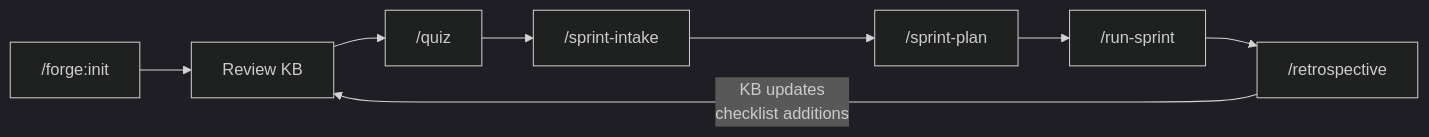
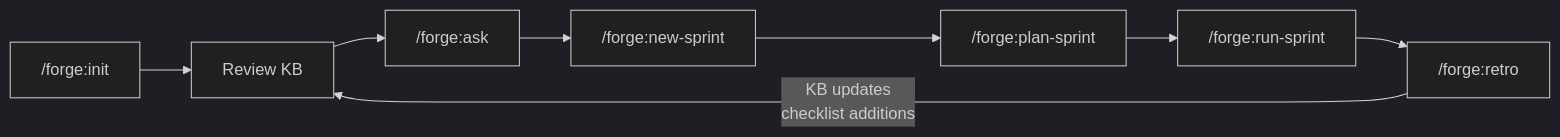
One commit to Entelligentsia/forge changed the first of 3 diagrams in docs/default-flow.md. Above: the diagram before and after it, drawn with Mermaid (dark theme). The commit also changed other lines of this file and 40 other files, not shown here.

````diff
--- a/docs/default-flow.md
+++ b/docs/default-flow.md
@@ -9,10 +9,10 @@
 ```mermaid
 flowchart LR
     A["/forge:init"] --> B["Review KB"]
-    B --> C["/quiz"]
-    C --> D["/sprint-intake"]
-    D --> E["/sprint-plan"]
-    E --> F["/run-sprint"]
-    F --> G["/retrospective"]
+    B --> C["/forge:ask"]
+    C --> D["/forge:new-sprint"]
+    D --> E["/forge:plan-sprint"]
+    E --> F["/forge:run-sprint"]
+    F --> G["/forge:retro"]
     G -->|KB updates\nchecklist additions| B
 ```
````
